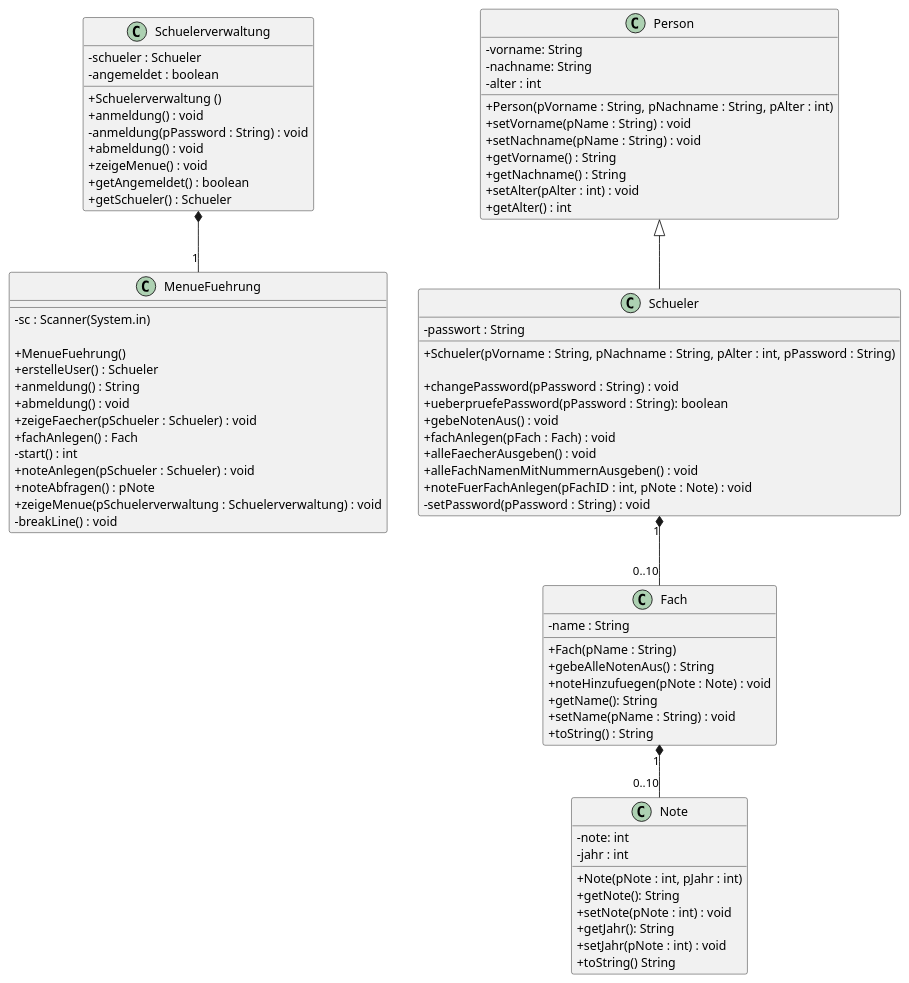
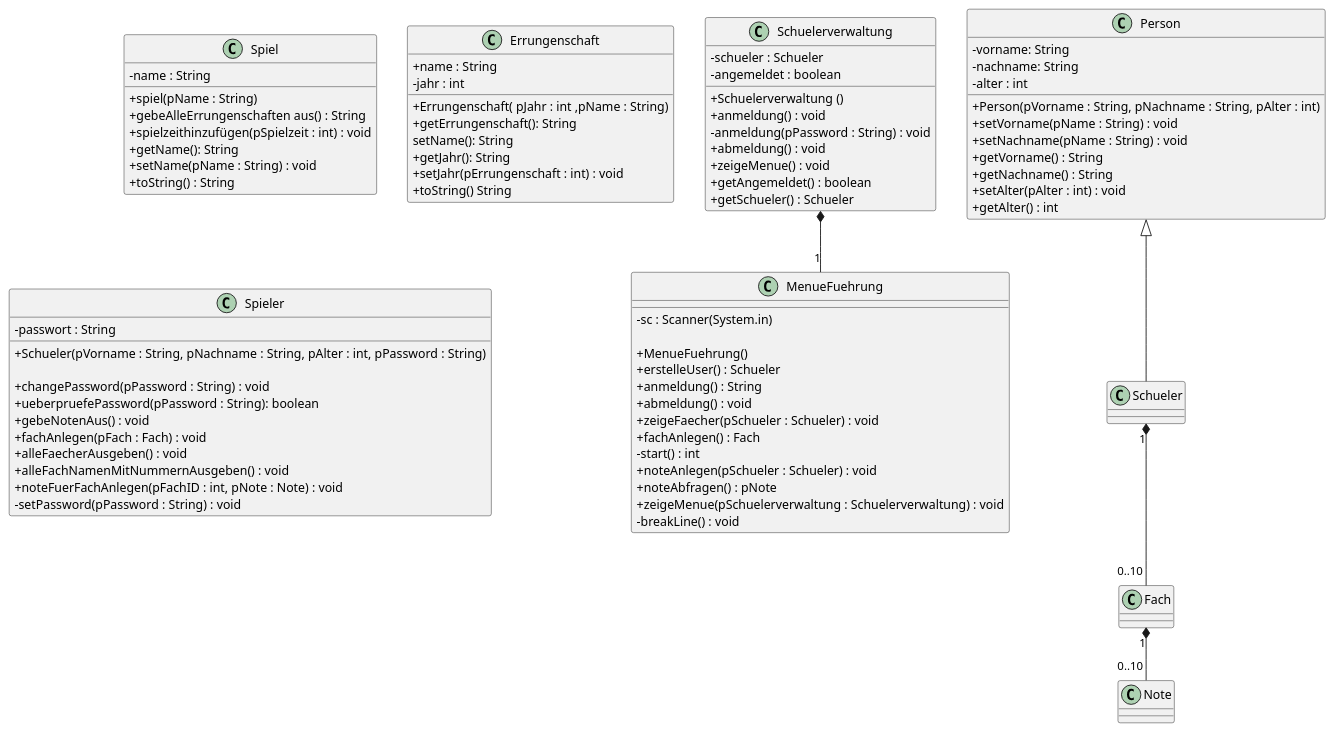
One commit to HEBK-BGM/Verwaltungssoftware_Team_3_TestGIt changed the diagram in Docs/Pflichtenheft/Diagramme/Klassendiagramm.iuml. Above: the diagram before and after it, drawn with PlantUML.

```diff
--- a/Docs/Pflichtenheft/Diagramme/Klassendiagramm.iuml
+++ b/Docs/Pflichtenheft/Diagramme/Klassendiagramm.iuml
@@ -1,94 +1,94 @@
 @startuml
 skinparam classAttributeIconSize 0
 
 class Schuelerverwaltung{
  -schueler : Schueler
  -angemeldet : boolean
  + Schuelerverwaltung ()
  + anmeldung() : void
  - anmeldung(pPassword : String) : void
  + abmeldung() : void
  + zeigeMenue() : void
  + getAngemeldet() : boolean
  + getSchueler() : Schueler
 }
 
 
 
 class MenueFuehrung{
  - sc : Scanner(System.in)
 
  +MenueFuehrung()
  +erstelleUser() : Schueler
  + anmeldung() : String
  + abmeldung() : void
  + zeigeFaecher(pSchueler : Schueler) : void
  + fachAnlegen() : Fach
  - start() : int
  + noteAnlegen(pSchueler : Schueler) : void
  + noteAbfragen() : pNote
  + zeigeMenue(pSchuelerverwaltung : Schuelerverwaltung) : void
  - breakLine() : void
  }
 
 class Person{
  -vorname: String
  -nachname: String
  -alter : int
  + Person(pVorname : String, pNachname : String, pAlter : int)
  +setVorname(pName : String) : void
  +setNachname(pName : String) : void
  +getVorname() : String
  +getNachname() : String
  +setAlter(pAlter : int) : void
  +getAlter() : int
 }
 
 
 
-class Fach{
+class Spiel{
  -name : String
- +Fach(pName : String)
- +gebeAlleNotenAus() : String
- +noteHinzufuegen(pNote : Note) : void
+ +spiel(pName : String)
+ +gebeAlleErrungenschaften aus() : String
+ +spielzeithinzufügen(pSpielzeit : int) : void
  +getName(): String
  +setName(pName : String) : void
  +toString() : String
 }
 
-class Note{
- -note: int
+class Errungenschaft{
+ +name : String
  -jahr : int
- +Note(pNote : int, pJahr : int)
- +getNote(): String
- +setNote(pNote : int) : void
+ +Errungenschaft( pJahr : int ,pName : String)
+ +getErrungenschaft(): String
+ setName(): String
  +getJahr(): String
- +setJahr(pNote : int) : void
+ +setJahr(pErrungenschaft : int) : void
  +toString() String
 }
 
 
 
 
-class Schueler{
+class Spieler{
   -passwort : String
 
   +Schueler(pVorname : String, pNachname : String, pAlter : int, pPassword : String)
   
   +changePassword(pPassword : String) : void
   +ueberpruefePassword(pPassword : String): boolean
   +gebeNotenAus() : void
   + fachAnlegen(pFach : Fach) : void
   +alleFaecherAusgeben() : void
   +alleFachNamenMitNummernAusgeben() : void
   +noteFuerFachAnlegen(pFachID : int, pNote : Note) : void
   -setPassword(pPassword : String) : void
 }
 
 
 Fach "1" *-- "0..10" Note
 Schuelerverwaltung  *-- "1" MenueFuehrung
 Schueler "1" *-- "0..10" Fach
 Person <|-- Schueler
 
 @enduml
```
